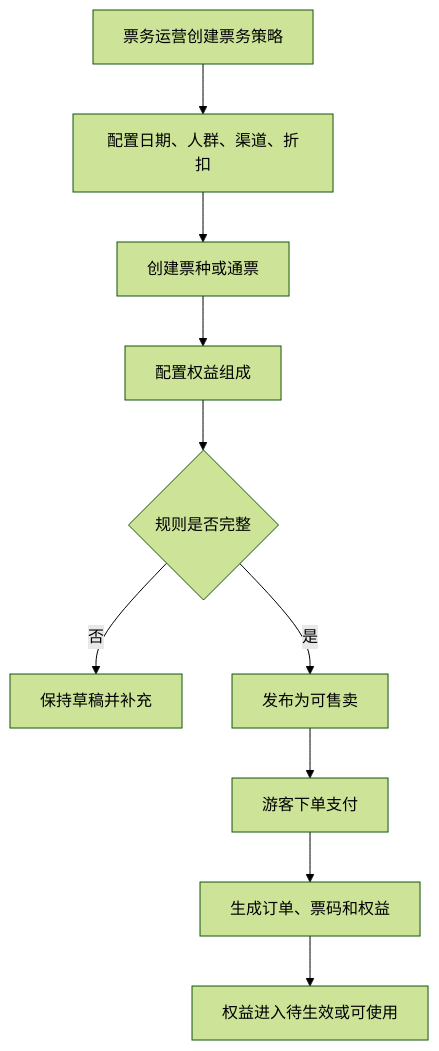
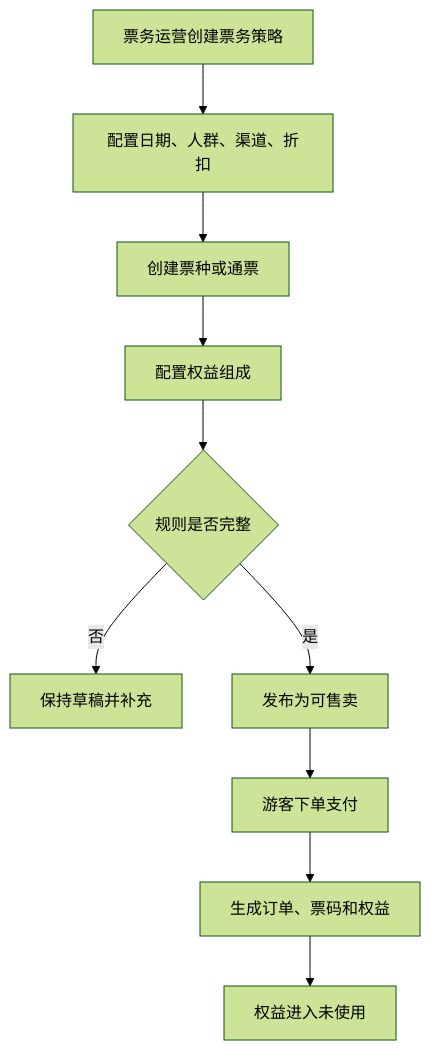
The second of 12 diagrams in docs/business-operations-layer-spec-v0.2.md (jxh1979/mall), drawn with Mermaid (forest theme) before and after one commit. The commit also changed other lines of this file and 15 other files, not shown here.

````diff
--- a/docs/business-operations-layer-spec-v0.2.md
+++ b/docs/business-operations-layer-spec-v0.2.md
@@ -1130,12 +1128,12 @@
 ```mermaid
 flowchart TD
   A["票务运营创建票务策略"] --> B["配置日期、人群、渠道、折扣"]
   B --> C["创建票种或通票"]
   C --> D["配置权益组成"]
   D --> E{"规则是否完整"}
   E -- 否 --> F["保持草稿并补充"]
   E -- 是 --> G["发布为可售卖"]
   G --> H["游客下单支付"]
   H --> I["生成订单、票码和权益"]
-  I --> J["权益进入待生效或可使用"]
+  I --> J["权益进入未使用"]
 ```
````
